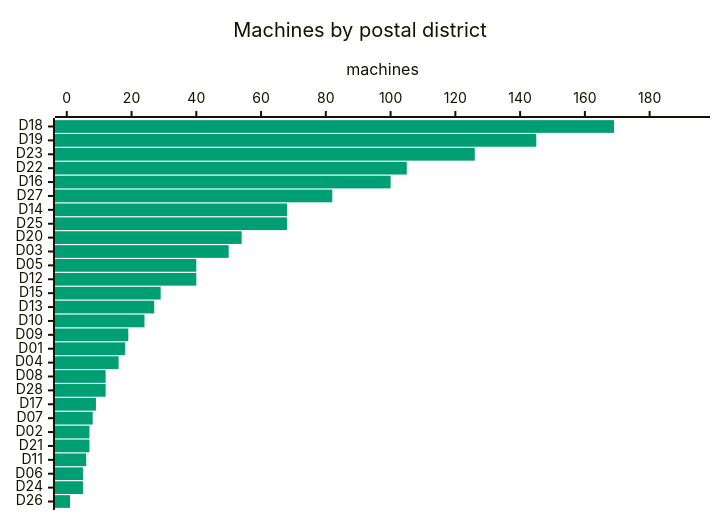
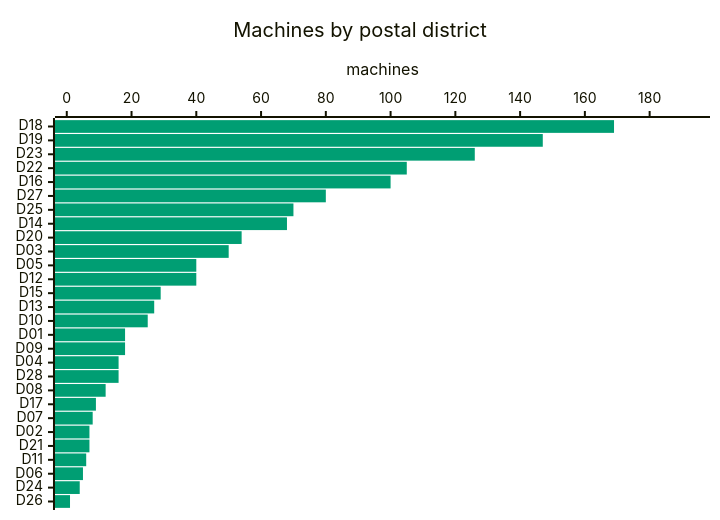
One commit to cheeaun/returnright-data changed the fourth of 7 diagrams in ANALYSIS.md. Above: the diagram before and after it, drawn with Mermaid. The commit also changed other lines of this file and 3 other files, not shown here.

````diff
--- a/ANALYSIS.md
+++ b/ANALYSIS.md
@@ -117,16 +117,16 @@
 ```mermaid
 ---
 config:
   themeVariables:
     xyChart:
       plotColorPalette: "#009E73"
   xyChart:
     chartOrientation: "horizontal"
     plotReservedSpacePercent: 40
 ---
 xychart-beta
     title "Machines by postal district"
-    x-axis ["D18", "D19", "D23", "D22", "D16", "D27", "D14", "D25", "D20", "D03", "D05", "D12", "D15", "D13", "D10", "D09", "D01", "D04", "D08", "D28", "D17", "D07", "D02", "D21", "D11", "D06", "D24", "D26"]
+    x-axis ["D18", "D19", "D23", "D22", "D16", "D27", "D25", "D14", "D20", "D03", "D05", "D12", "D15", "D13", "D10", "D01", "D09", "D04", "D28", "D08", "D17", "D07", "D02", "D21", "D11", "D06", "D24", "D26"]
     y-axis "machines" 0 --> 195
-    bar [169, 145, 126, 105, 100, 82, 68, 68, 54, 50, 40, 40, 29, 27, 24, 19, 18, 16, 12, 12, 9, 8, 7, 7, 6, 5, 5, 1]
+    bar [169, 147, 126, 105, 100, 80, 70, 68, 54, 50, 40, 40, 29, 27, 25, 18, 18, 16, 16, 12, 9, 8, 7, 7, 6, 5, 4, 1]
 ```
````
